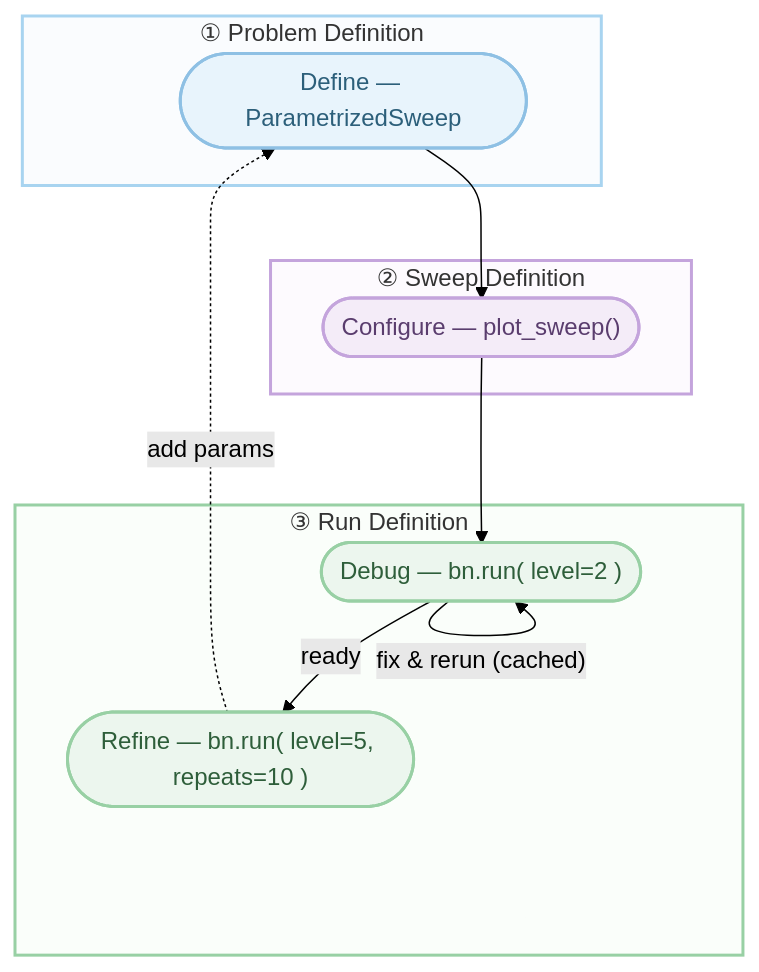
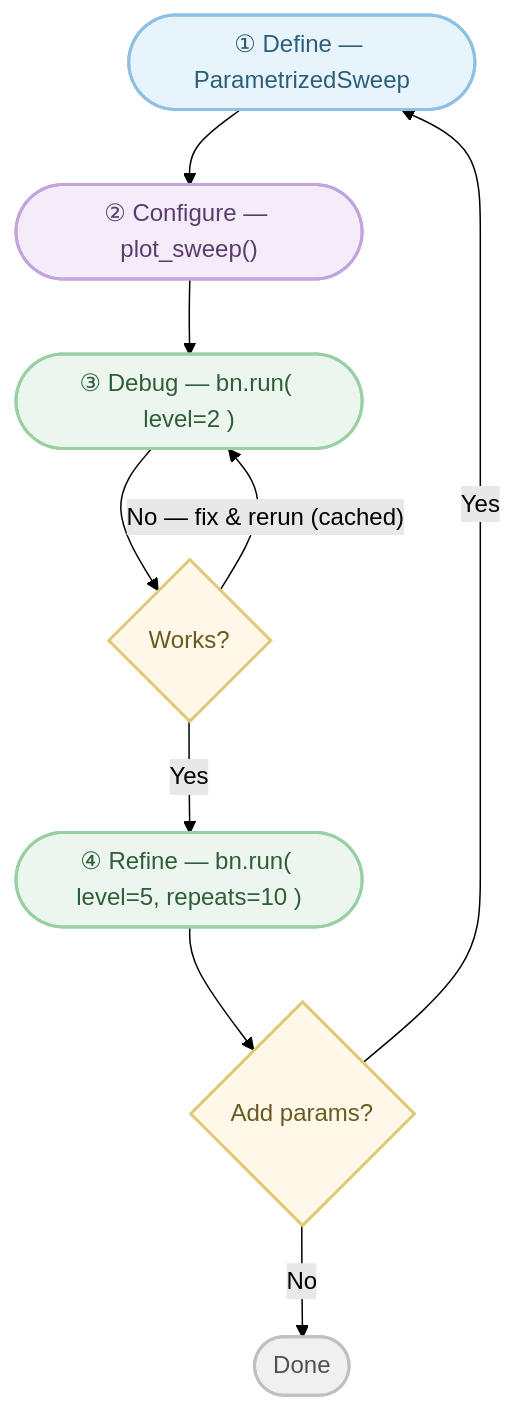
One commit to blooop/bencher changed the second of 2 diagrams in docs/concepts.md. Above: the diagram before and after it, drawn with Mermaid (forest theme). The commit also changed other lines of this file, not shown here.

Commit message:
docs: improve both mermaid diagrams
Architecture diagram: visible title nodes + inner subgraphs for encapsulation
Workflow flowchart: standard decision diamonds for clean loop routing

````diff
--- a/docs/concepts.md
+++ b/docs/concepts.md
@@ -146,26 +159,23 @@
 ```{mermaid}
-flowchart TB
-    subgraph stage1 ["① Problem Definition"]
-        Define(["Define — ParametrizedSweep"])
-    end
-    subgraph stage2 ["② Sweep Definition"]
-        Configure(["Configure — plot_sweep()"])
-    end
-    subgraph stage3 ["③ Run Definition"]
-        Debug(["Debug — bn.run( level=2 )"])
-        Refine(["Refine — bn.run( level=5, repeats=10 )"])
-    end
+flowchart TD
+    Define(["① Define — ParametrizedSweep"])
+    Configure(["② Configure — plot_sweep()"])
+    Debug(["③ Debug — bn.run( level=2 )"])
+    Check{"Works?"}
+    Refine(["④ Refine — bn.run( level=5, repeats=10 )"])
+    Done{"Add params?"}
 
-    Define --> Configure --> Debug
-    Debug -- "fix & rerun (cached)" --> Debug
-    Debug -- "ready" --> Refine
-    Refine -. "add params" .-> Define
+    Define --> Configure --> Debug --> Check
+    Check -- "No — fix & rerun (cached)" --> Debug
+    Check -- "Yes" --> Refine --> Done
+    Done -- "Yes" --> Define
+    Done -- "No" --> Stop([Done])
 
-    style stage1 fill:#fafcfe,stroke:#a8d4f0,stroke-width:2px
-    style stage2 fill:#fdfafe,stroke:#c4a4dc,stroke-width:2px
-    style stage3 fill:#fafefa,stroke:#98d0a4,stroke-width:2px
     style Define fill:#e8f4fc,stroke:#8ec0e4,color:#2c5f7a,stroke-width:2px
     style Configure fill:#f4ecf8,stroke:#c4a4dc,color:#5a3d6e,stroke-width:2px
     style Debug fill:#ecf6ee,stroke:#98d0a4,color:#2e5e3a,stroke-width:2px
     style Refine fill:#ecf6ee,stroke:#98d0a4,color:#2e5e3a,stroke-width:2px
+    style Check fill:#fff8e8,stroke:#e0c878,color:#6a5a20,stroke-width:2px
+    style Done fill:#fff8e8,stroke:#e0c878,color:#6a5a20,stroke-width:2px
+    style Stop fill:#f0f0f0,stroke:#c0c0c0,color:#505050,stroke-width:2px
 ```
````
